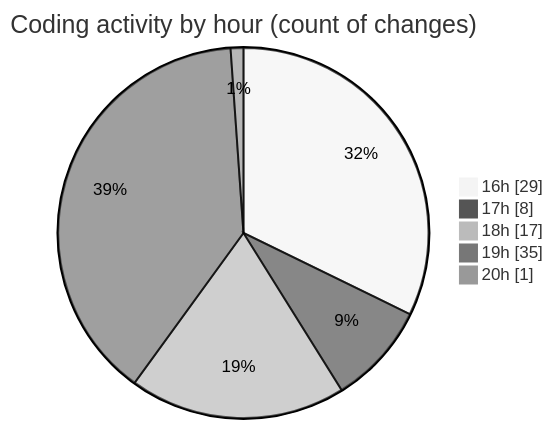
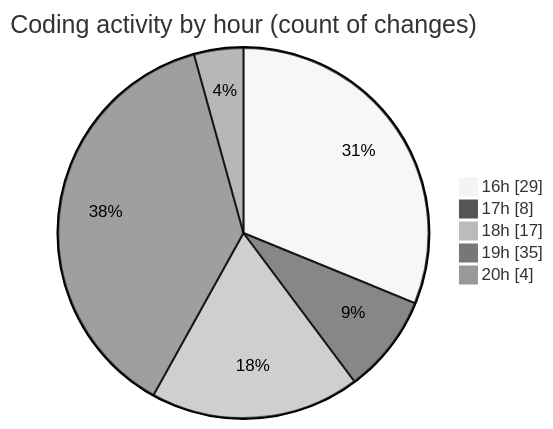
Before and after one commit to Netris89/code-tracking: the second of 2 diagrams in 2025-11-01/skintrack/README.md, drawn with Mermaid (neutral theme). The commit also changed other lines of this file and 1 other file, not shown here.

````diff
--- a/2025-11-01/skintrack/README.md
+++ b/2025-11-01/skintrack/README.md
@@ -35,9 +35,9 @@
 ```mermaid
 pie showData
 title Coding activity by hour (count of changes)
 "16h" : 29
 "17h" : 8
 "18h" : 17
 "19h" : 35
-"20h" : 1
+"20h" : 4
 ```
````
